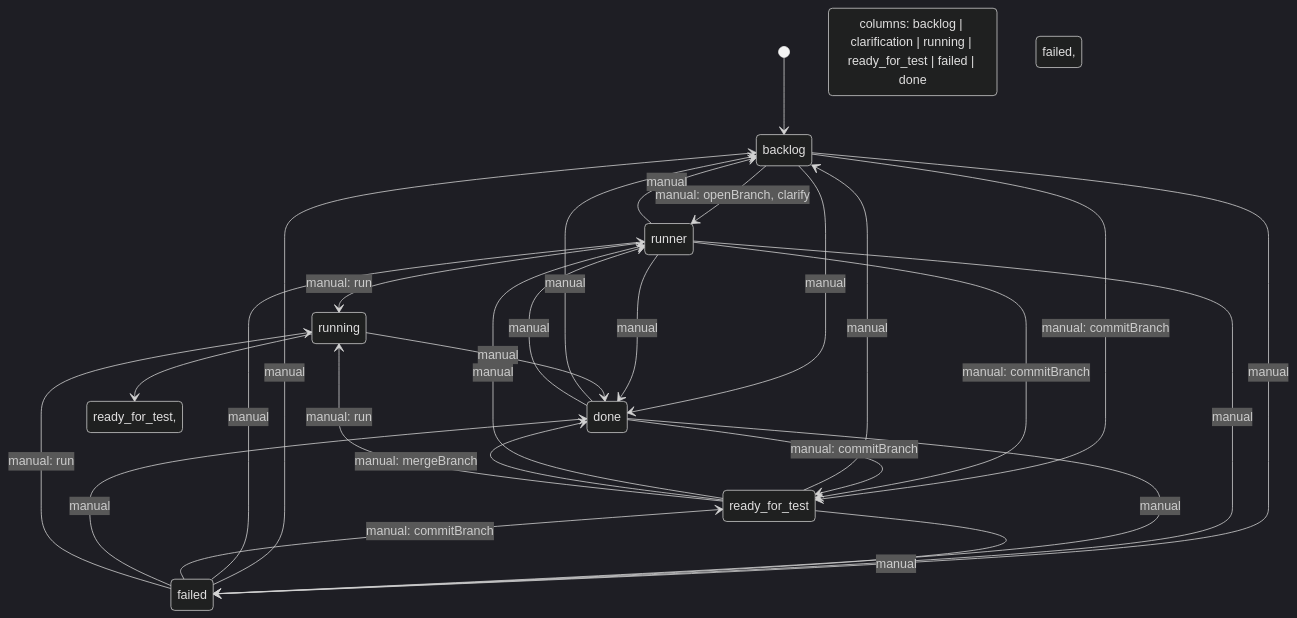
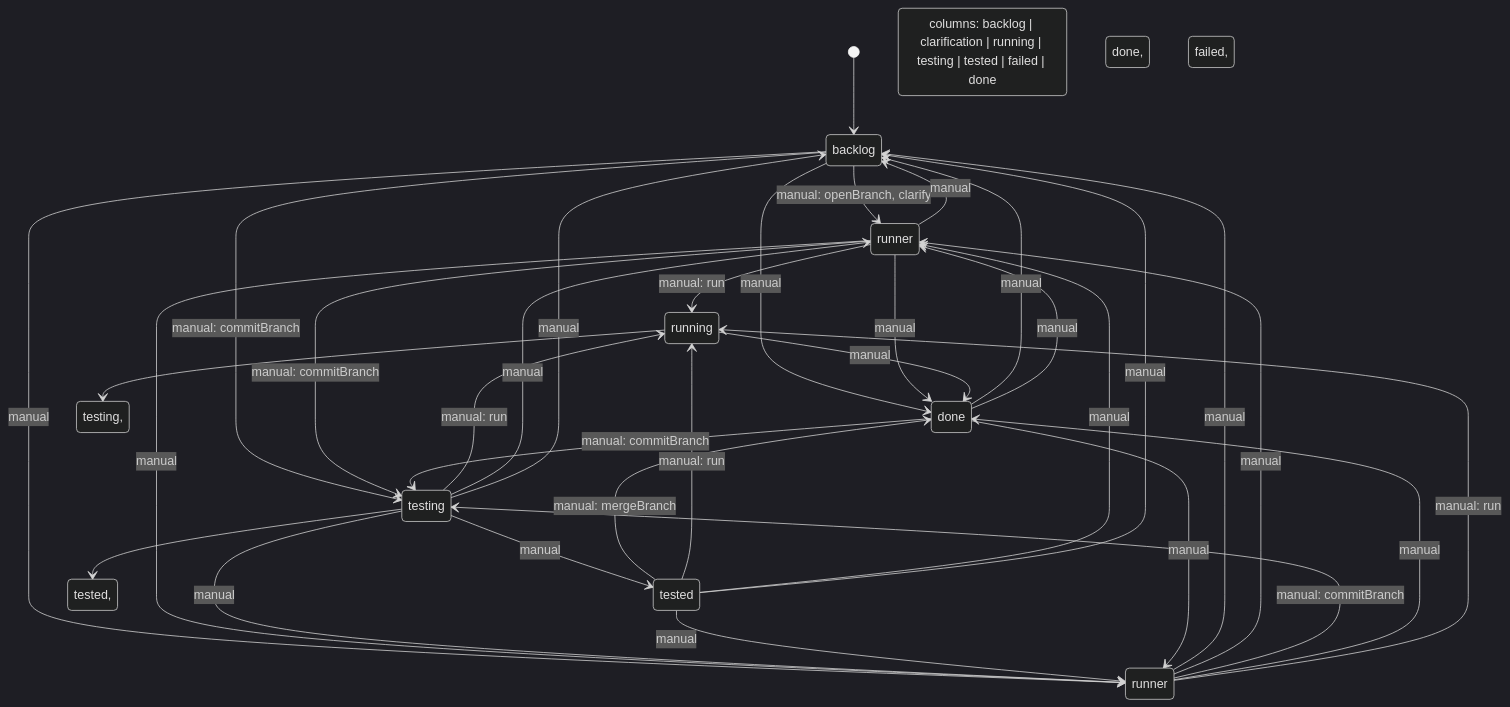
Before and after one commit to kaiserfr/dsh-next-task-board: the diagram in docs/state-machine.md, drawn with Mermaid (dark theme). The commit also changed other lines of this file and 71 other files, not shown here.

````diff
--- a/docs/state-machine.md
+++ b/docs/state-machine.md
@@ -16,30 +16,36 @@
 ```mermaid
 stateDiagram-v2
     [*] --> backlog
-    state "columns: backlog | clarification | running | ready_for_test | failed | done" as columns
+    state "columns: backlog | clarification | running | testing | tested | failed | done" as columns
     backlog --> clarification: manual: openBranch, clarify
-    backlog --> ready_for_test: manual: commitBranch
+    backlog --> testing: manual: commitBranch
     backlog --> done: manual
     backlog --> failed: manual
     clarification --> running: manual: run
     clarification --> backlog: manual
-    clarification --> ready_for_test: manual: commitBranch
+    clarification --> testing: manual: commitBranch
     clarification --> done: manual
     clarification --> failed: manual
-    ready_for_test --> backlog: manual
-    ready_for_test --> clarification: manual
-    ready_for_test --> done: manual: mergeBranch
-    ready_for_test --> failed: manual
+    testing --> tested: manual
+    testing --> running: manual: run
+    testing --> clarification: manual
+    testing --> backlog: manual
+    testing --> failed: manual
+    tested --> done: manual: mergeBranch
+    tested --> running: manual: run
+    tested --> clarification: manual
+    tested --> backlog: manual
+    tested --> failed: manual
     done --> backlog: manual
     done --> clarification: manual
-    done --> ready_for_test: manual: commitBranch
+    done --> testing: manual: commitBranch
     done --> failed: manual
     failed --> backlog: manual
     failed --> clarification: manual
-    failed --> ready_for_test: manual: commitBranch
+    failed --> testing: manual: commitBranch
     failed --> done: manual
-    ready_for_test --> running: manual: run
     failed --> running: manual: run
     running --> done: manual
-    running --> ready_for_test, failed, clarification: runner
+    running --> testing, tested, done, failed, clarification: runner
+    testing --> tested, failed: runner
 ```
````
